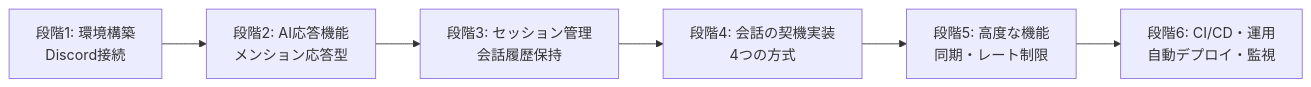
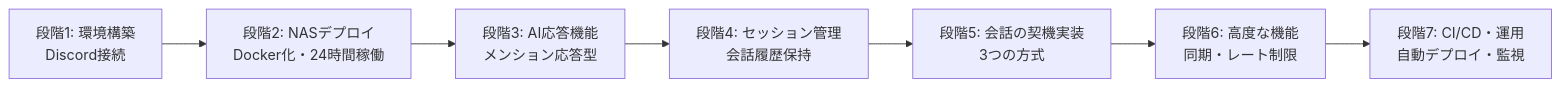
One commit to fluxrozin/kotonoha-bot changed the diagram in docs/implementation/roadmap.md. Above: the diagram before and after it, drawn with Mermaid. The commit also changed other lines of this file and 55 other files, not shown here.

````diff
--- a/docs/implementation/roadmap.md
+++ b/docs/implementation/roadmap.md
@@ -26,8 +26,9 @@
 ```mermaid
 graph LR
-    A[段階1: 環境構築<br/>Discord接続] --> B[段階2: AI応答機能<br/>メンション応答型]
-    B --> C[段階3: セッション管理<br/>会話履歴保持]
-    C --> D[段階4: 会話の契機実装<br/>4つの方式]
-    D --> E[段階5: 高度な機能<br/>同期・レート制限]
-    E --> F[段階6: CI/CD・運用<br/>自動デプロイ・監視]
+    A[段階1: 環境構築<br/>Discord接続] --> B[段階2: NASデプロイ<br/>Docker化・24時間稼働]
+    B --> C[段階3: AI応答機能<br/>メンション応答型]
+    C --> D[段階4: セッション管理<br/>会話履歴保持]
+    D --> E[段階5: 会話の契機実装<br/>3つの方式]
+    E --> F[段階6: 高度な機能<br/>同期・レート制限]
+    F --> G[段階7: CI/CD・運用<br/>自動デプロイ・監視]
 ```
````
